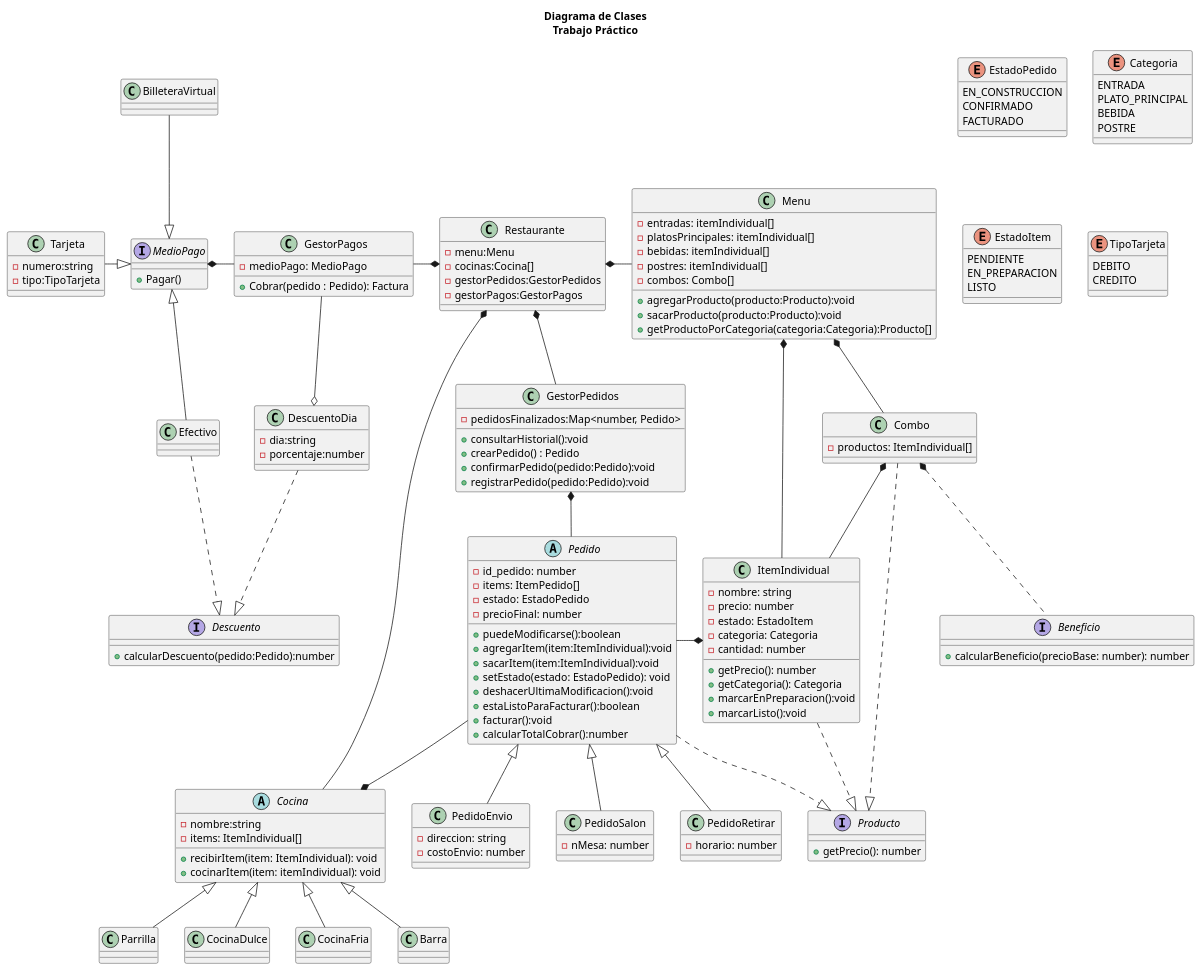
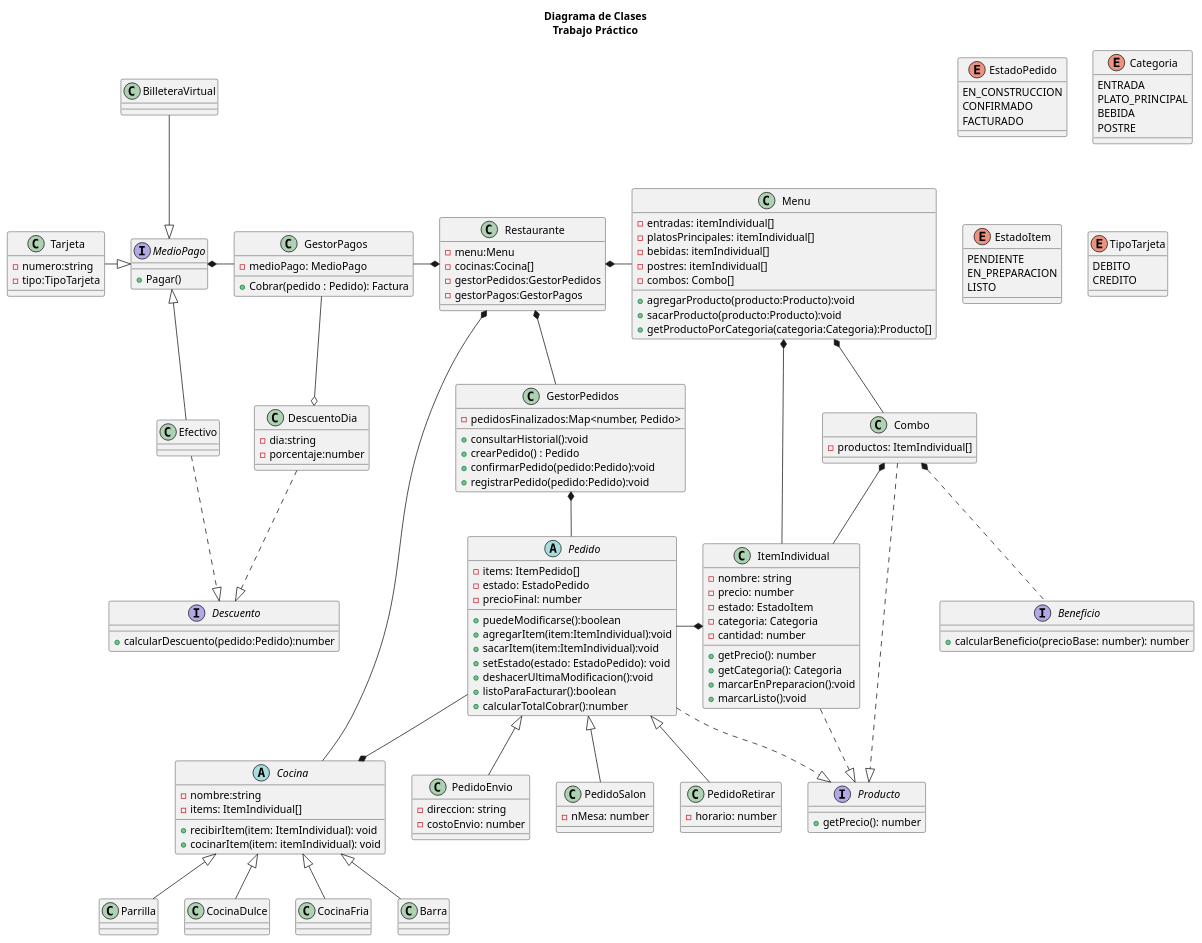
Before and after one commit to crstian8819/tp-grupo-11: the diagram in diagrama/diagrama.puml, drawn with PlantUML. The commit also changed 3 other files, not shown here.

Commit message:
elimine id pedido de la clase pedido y del diagrama .- Modifique el array de pedido cambiandolo por una linked List, para eliminar los elementos a eleccion por parametro .- agregue la carpeta estructuraDatos con la clase Nodo y la clase List

```diff
--- a/diagrama/diagrama.puml
+++ b/diagrama/diagrama.puml
@@ -35,7 +35,7 @@
     '------------------ PEDIDOS -------------------------
 
     abstract class Pedido {
-        -id_pedido: number
+        ' -id_pedido: number
         -items: ItemPedido[]
         -estado: EstadoPedido
         -precioFinal: number
@@ -45,8 +45,8 @@
         +sacarItem(item:ItemIndividual):void
         +setEstado(estado: EstadoPedido): void
         +deshacerUltimaModificacion():void
-        +estaListoParaFacturar():boolean
-        +facturar():void
+        +listoParaFacturar():boolean
+        ' +facturar():void
         +calcularTotalCobrar():number
 
     }
```
